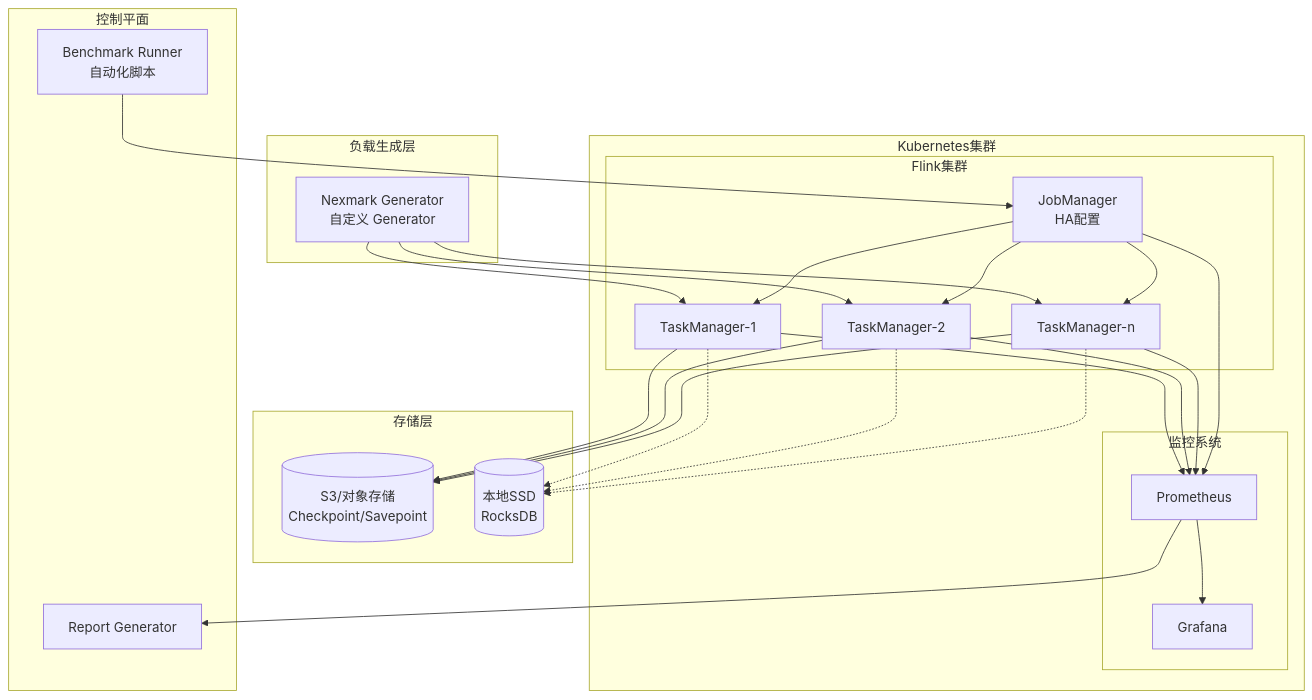
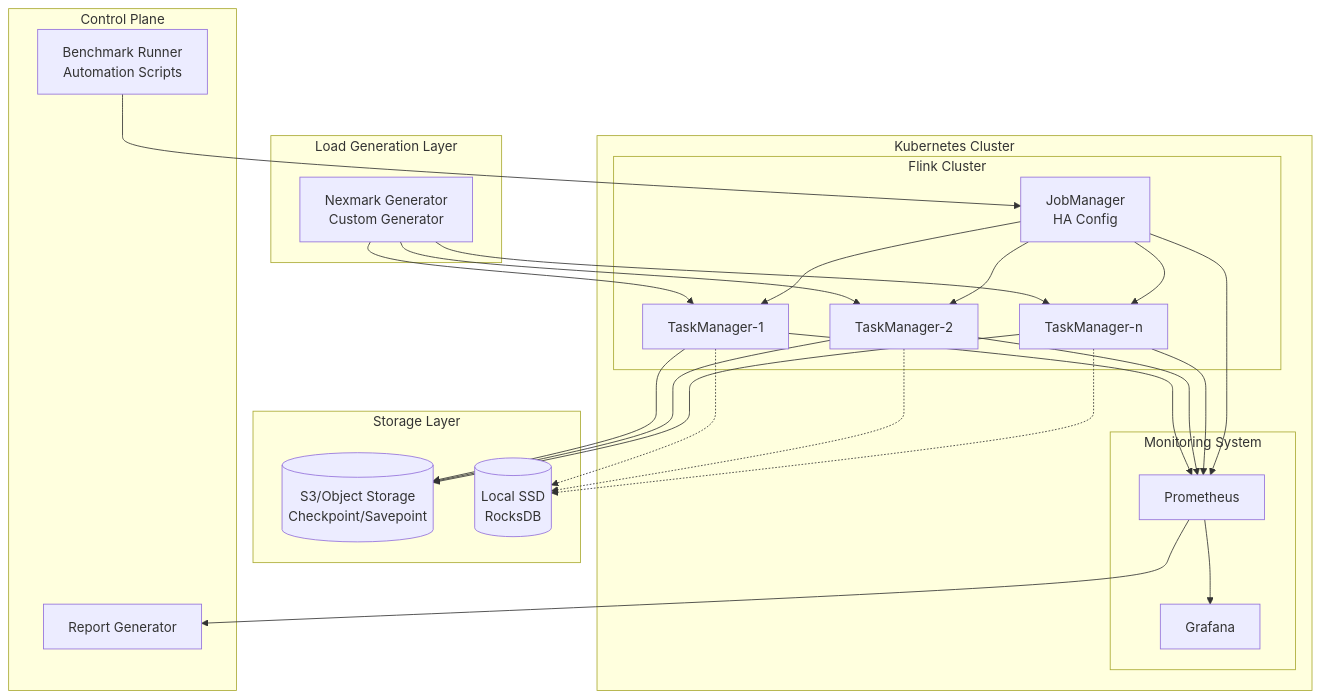
Before and after one commit to AdaMartin18010/AnalysisDataFlow: the second of 3 diagrams in i18n/en/Flink/flink-performance-benchmark-suite.md, drawn with Mermaid. The commit also changed other lines of this file and 96 other files, not shown here.

````diff
--- a/i18n/en/Flink/flink-performance-benchmark-suite.md
+++ b/i18n/en/Flink/flink-performance-benchmark-suite.md
@@ -212,40 +456,40 @@
 ```mermaid
 graph TB
-    subgraph 负载生成层
-        LG[Nexmark Generator<br/>自定义 Generator]
+    subgraph Load Generation Layer
+        LG[Nexmark Generator<br/>Custom Generator]
     end
 
-    subgraph Kubernetes集群
-        subgraph Flink集群
-            JM[JobManager<br/>HA配置]
+    subgraph Kubernetes Cluster
+        subgraph Flink Cluster
+            JM[JobManager<br/>HA Config]
             TM1[TaskManager-1]
             TM2[TaskManager-2]
             TMn[TaskManager-n]
         end
 
-        subgraph 监控系统
+        subgraph Monitoring System
             PROM[Prometheus]
             GRAF[Grafana]
         end
     end
 
-    subgraph 存储层
-        S3[(S3/对象存储<br/>Checkpoint/Savepoint)]
-        LOCAL[(本地SSD<br/>RocksDB)]
+    subgraph Storage Layer
+        S3[(S3/Object Storage<br/>Checkpoint/Savepoint)]
+        LOCAL[(Local SSD<br/>RocksDB)]
     end
 
-    subgraph 控制平面
-        RUNNER[Benchmark Runner<br/>自动化脚本]
+    subgraph Control Plane
+        RUNNER[Benchmark Runner<br/>Automation Scripts]
         REPORT[Report Generator]
     end
 
     LG --> TM1 & TM2 & TMn
     JM --> TM1 & TM2 & TMn
     TM1 & TM2 & TMn --> S3
     TM1 & TM2 & TMn -.-> LOCAL
     TM1 & TM2 & TMn --> PROM
     JM --> PROM
     PROM --> GRAF
     RUNNER --> JM
     PROM --> REPORT
 ```
````
